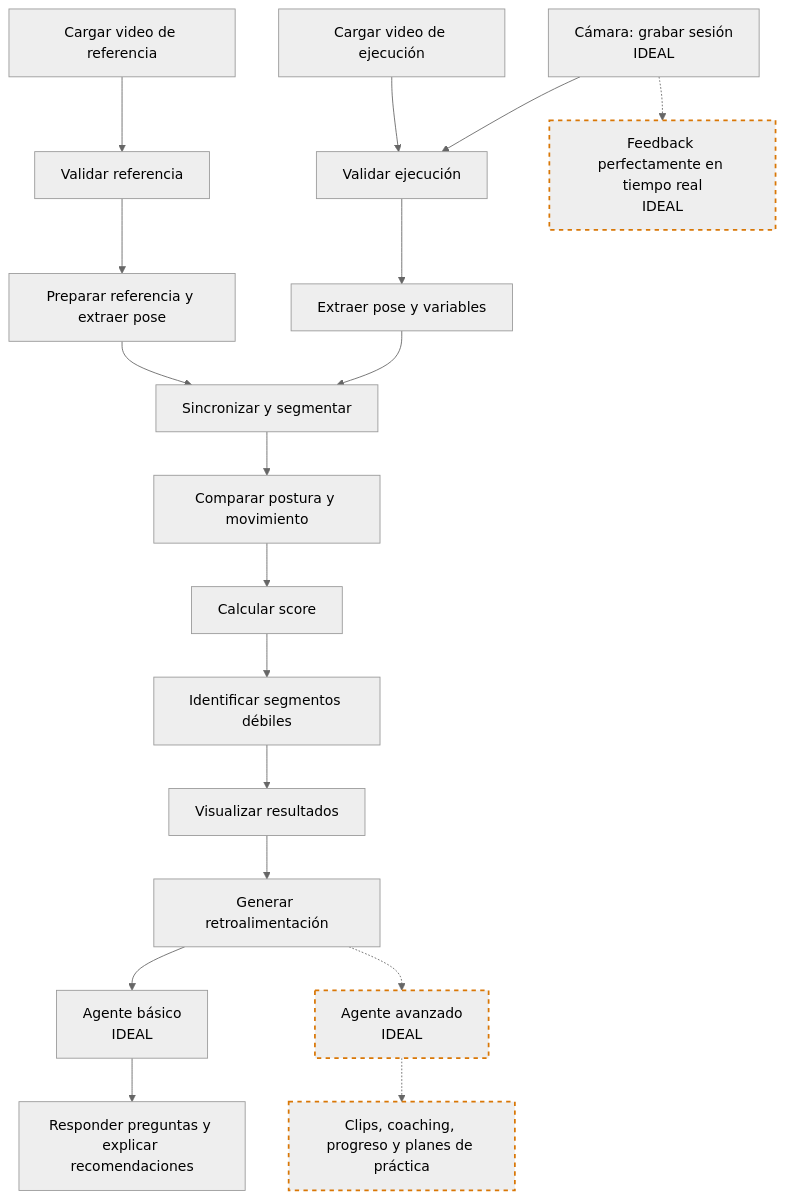
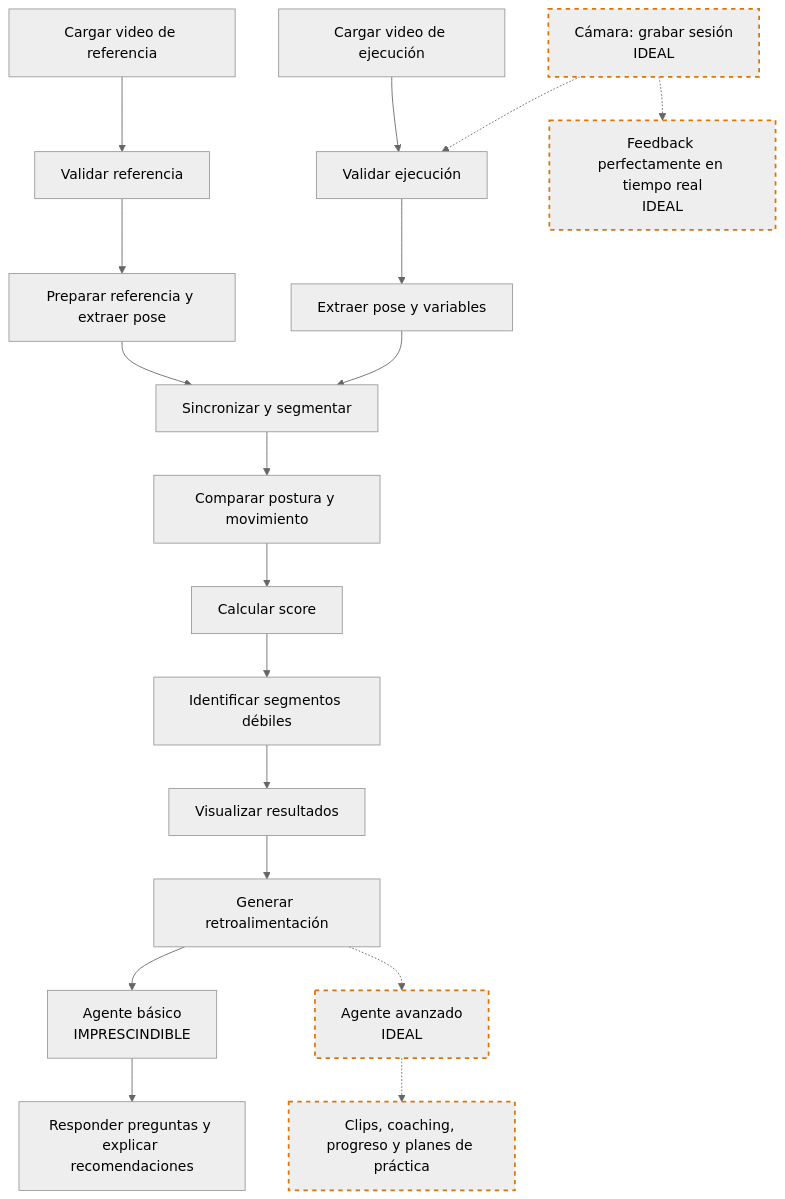
Before and after one commit to actdavidmc/mitotl-ia: the diagram in docs/00-estrategia.md, drawn with Mermaid (neutral theme). The commit also changed other lines of this file, not shown here.

````diff
--- a/docs/00-estrategia.md
+++ b/docs/00-estrategia.md
@@ -184,27 +184,27 @@
 ```mermaid
 flowchart TD
     A[Cargar video de referencia] --> B[Validar referencia]
     B --> C[Preparar referencia y extraer pose]
 
     D[Cargar video de ejecución] --> E[Validar ejecución]
     E --> F[Extraer pose y variables]
 
-    G[Cámara: grabar sesión<br/>IDEAL] --> E
+    G[Cámara: grabar sesión<br/>IDEAL] -.-> E
 
     C --> H[Sincronizar y segmentar]
     F --> H
     H --> I[Comparar postura y movimiento]
     I --> J[Calcular score]
     J --> K[Identificar segmentos débiles]
     K --> L[Visualizar resultados]
     L --> M[Generar retroalimentación]
 
     G -.-> P[Feedback perfectamente en tiempo real<br/>IDEAL]
-    M --> N[Agente básico<br/>IDEAL]
+    M --> N[Agente básico<br/>IMPRESCINDIBLE]
     N --> O[Responder preguntas y explicar recomendaciones]
     M -.-> Q[Agente avanzado<br/>IDEAL]
     Q -.-> R[Clips, coaching, progreso y planes de práctica]
 
     classDef ideal stroke:#d97706,stroke-width:2px,stroke-dasharray:5 5;
-    class P,Q,R ideal;
+    class G,P,Q,R ideal;
 ```
````
